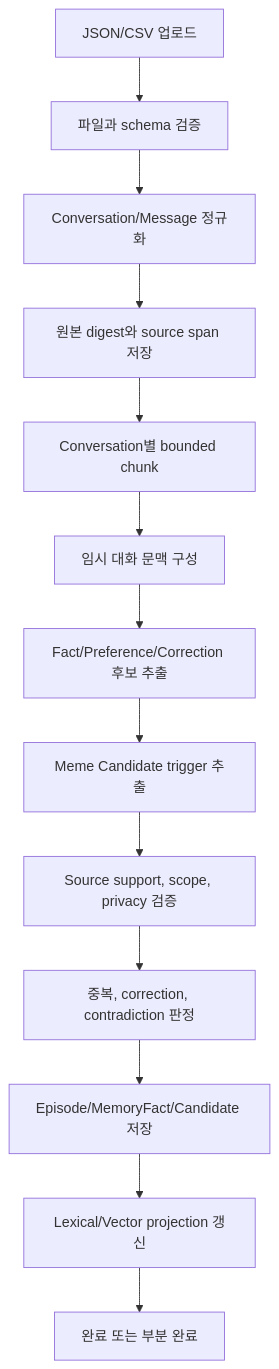
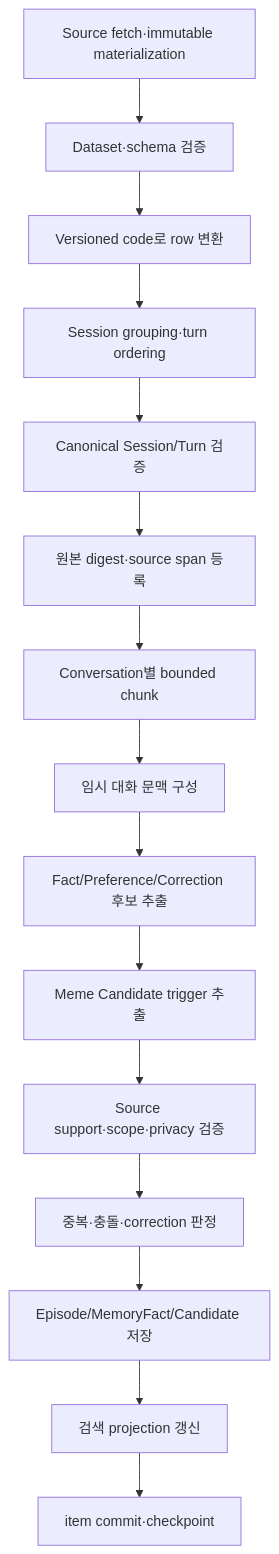
One commit to hkjeon13/mnemome changed the second of 3 diagrams in docs/conversation-memory-import-batch-design.md. Above: the diagram before and after it, drawn with Mermaid. The commit also changed other lines of this file and 6 other files, not shown here.

````diff
--- a/docs/conversation-memory-import-batch-design.md
+++ b/docs/conversation-memory-import-batch-design.md
@@ -312,15 +469,17 @@
 ```mermaid
 flowchart TD
-    Upload[JSON/CSV 업로드] --> Validate[파일과 schema 검증]
-    Validate --> Normalize[Conversation/Message 정규화]
-    Normalize --> PersistSource[원본 digest와 source span 저장]
-    PersistSource --> Chunk[Conversation별 bounded chunk]
-    Chunk --> Context[임시 대화 문맥 구성]
-    Context --> Extract[Fact/Preference/Correction 후보 추출]
-    Extract --> Meme[Meme Candidate trigger 추출]
-    Meme --> Verify[Source support, scope, privacy 검증]
-    Verify --> Deduplicate[중복, correction, contradiction 판정]
-    Deduplicate --> Persist[Episode/MemoryFact/Candidate 저장]
-    Persist --> Index[Lexical/Vector projection 갱신]
-    Index --> Complete[완료 또는 부분 완료]
+    Fetch["Source fetch·immutable materialization"] --> Validate["Dataset·schema 검증"]
+    Validate --> Transform["Versioned code로 row 변환"]
+    Transform --> Group["Session grouping·turn ordering"]
+    Group --> Normalize["Canonical Session/Turn 검증"]
+    Normalize --> Source["원본 digest·source span 등록"]
+    Source --> Chunk["Conversation별 bounded chunk"]
+    Chunk --> Context["임시 대화 문맥 구성"]
+    Context --> Extract["Fact/Preference/Correction 후보 추출"]
+    Extract --> Meme["Meme Candidate trigger 추출"]
+    Meme --> Verify["Source support·scope·privacy 검증"]
+    Verify --> Deduplicate["중복·충돌·correction 판정"]
+    Deduplicate --> Persist["Episode/MemoryFact/Candidate 저장"]
+    Persist --> Index["검색 projection 갱신"]
+    Index --> Checkpoint["item commit·checkpoint"]
 ```
````
